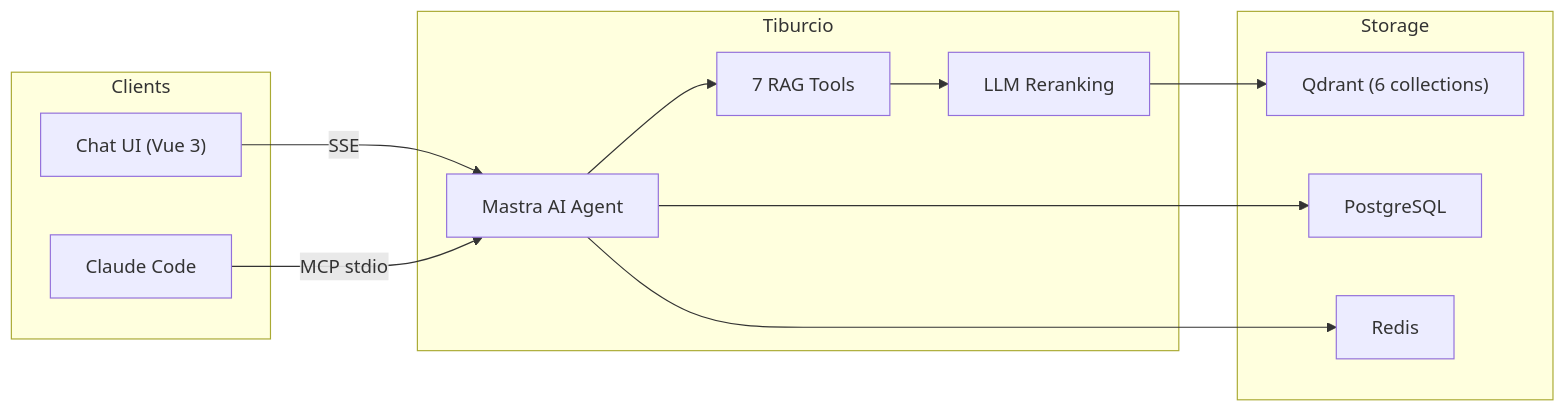
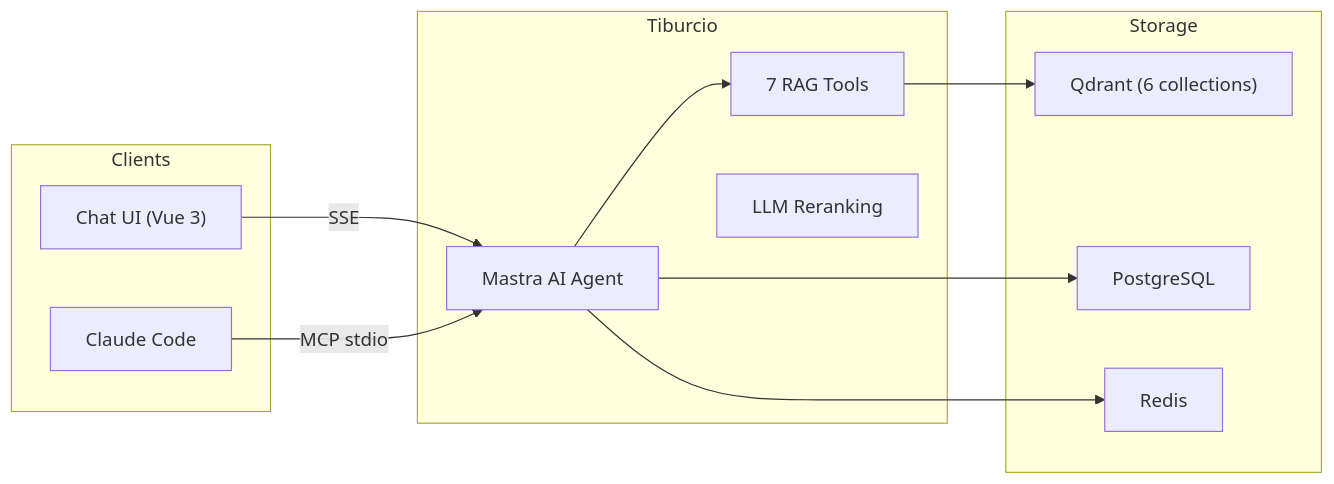
Before and after one commit to JoaoMorais03/Tiburcio: the first of 2 diagrams in README.md, drawn with Mermaid. The commit also changed other lines of this file and 28 other files, not shown here.

````diff
--- a/README.md
+++ b/README.md
@@ -49,25 +49,25 @@
 ```mermaid
 graph LR
     subgraph Clients
         UI["Chat UI (Vue 3)"]
         CC["Claude Code"]
     end
 
     subgraph Tiburcio
         Agent["Mastra AI Agent"]
         Tools["7 RAG Tools"]
         Rerank["LLM Reranking"]
     end
 
     subgraph Storage
         Qdrant["Qdrant (6 collections)"]
         PG["PostgreSQL"]
         Redis["Redis"]
     end
 
     UI -- SSE --> Agent
     CC -- MCP stdio --> Agent
-    Agent --> Tools --> Rerank --> Qdrant
+    Agent --> Tools --> Qdrant
     Agent --> PG
     Agent --> Redis
 ```
````
